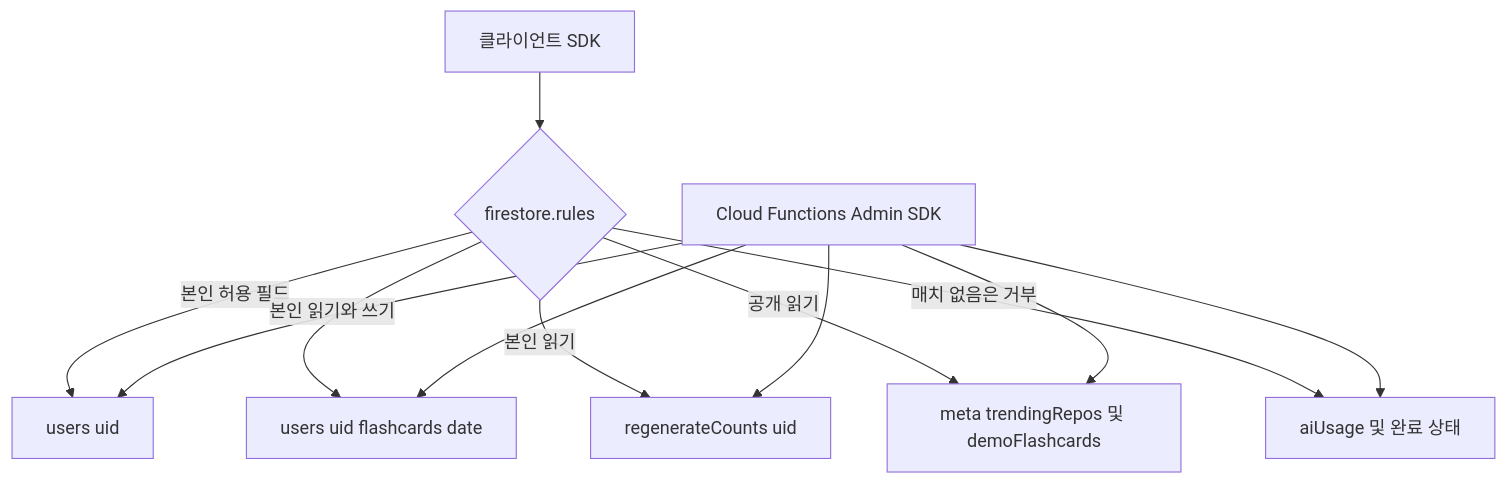
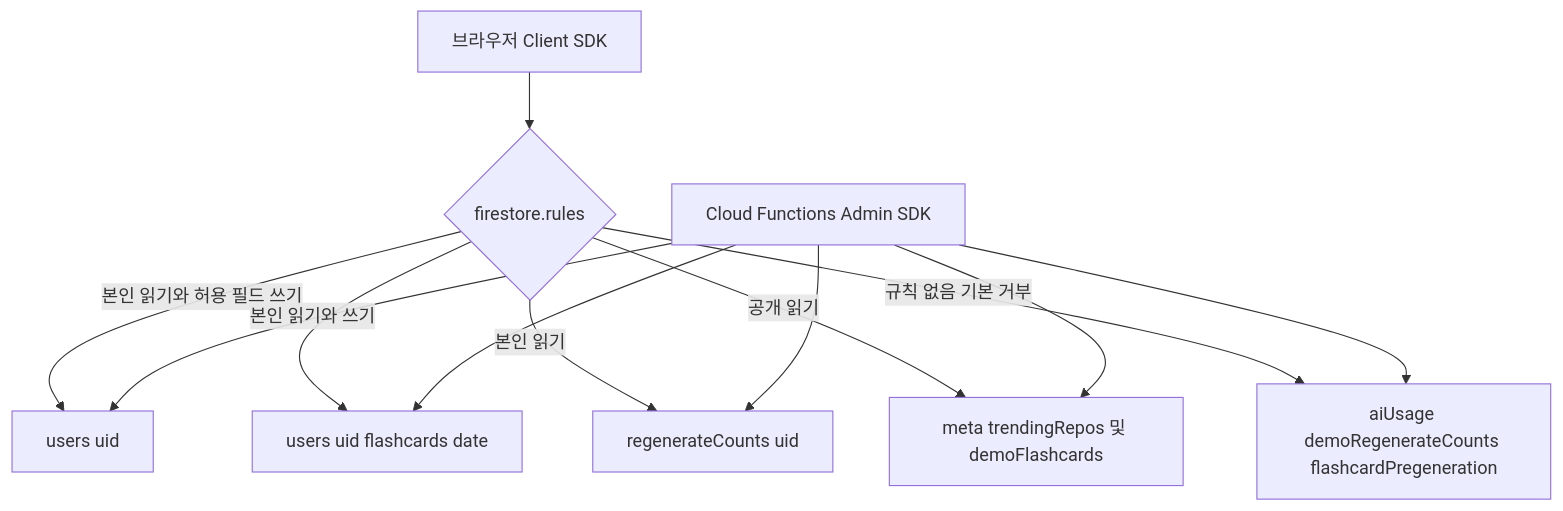
Before and after one commit to chucoding/code-recall: the first of 2 diagrams in openwiki/architecture/firestore-data-boundary.md, drawn with Mermaid. The commit also changed other lines of this file and 26 other files, not shown here.

````diff
--- a/openwiki/architecture/firestore-data-boundary.md
+++ b/openwiki/architecture/firestore-data-boundary.md
@@ -39,14 +45,14 @@
 ```mermaid
 flowchart TD
-  Client["클라이언트 SDK"] --> Rules{"firestore.rules"}
-  Rules -->|"본인 허용 필드"| User["users uid"]
+  Browser["브라우저 Client SDK"] --> Rules{"firestore.rules"}
+  Rules -->|"본인 읽기와 허용 필드 쓰기"| User["users uid"]
   Rules -->|"본인 읽기와 쓰기"| Deck["users uid flashcards date"]
   Rules -->|"본인 읽기"| Regen["regenerateCounts uid"]
-  Rules -->|"공개 읽기"| Cache["meta trendingRepos 및 demoFlashcards"]
-  Rules -->|"매치 없음은 거부"| Private["aiUsage 및 완료 상태"]
-  Admin["Cloud Functions Admin SDK"] --> User
-  Admin --> Deck
-  Admin --> Regen
-  Admin --> Cache
-  Admin --> Private
+  Rules -->|"공개 읽기"| Public["meta trendingRepos 및 demoFlashcards"]
+  Rules -->|"규칙 없음 기본 거부"| Private["aiUsage demoRegenerateCounts flashcardPregeneration"]
+  Functions["Cloud Functions Admin SDK"] --> User
+  Functions --> Deck
+  Functions --> Regen
+  Functions --> Public
+  Functions --> Private
 ```
````
